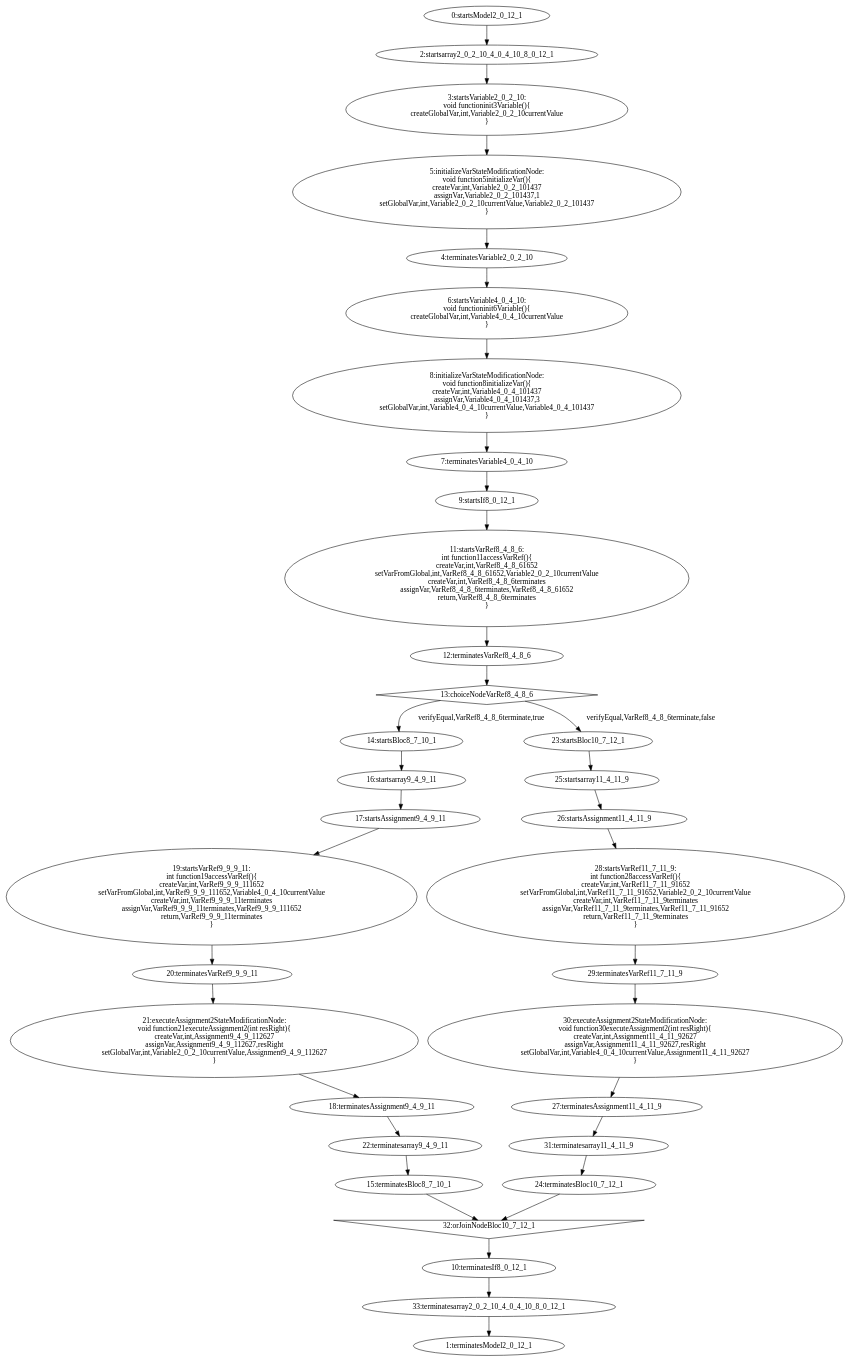
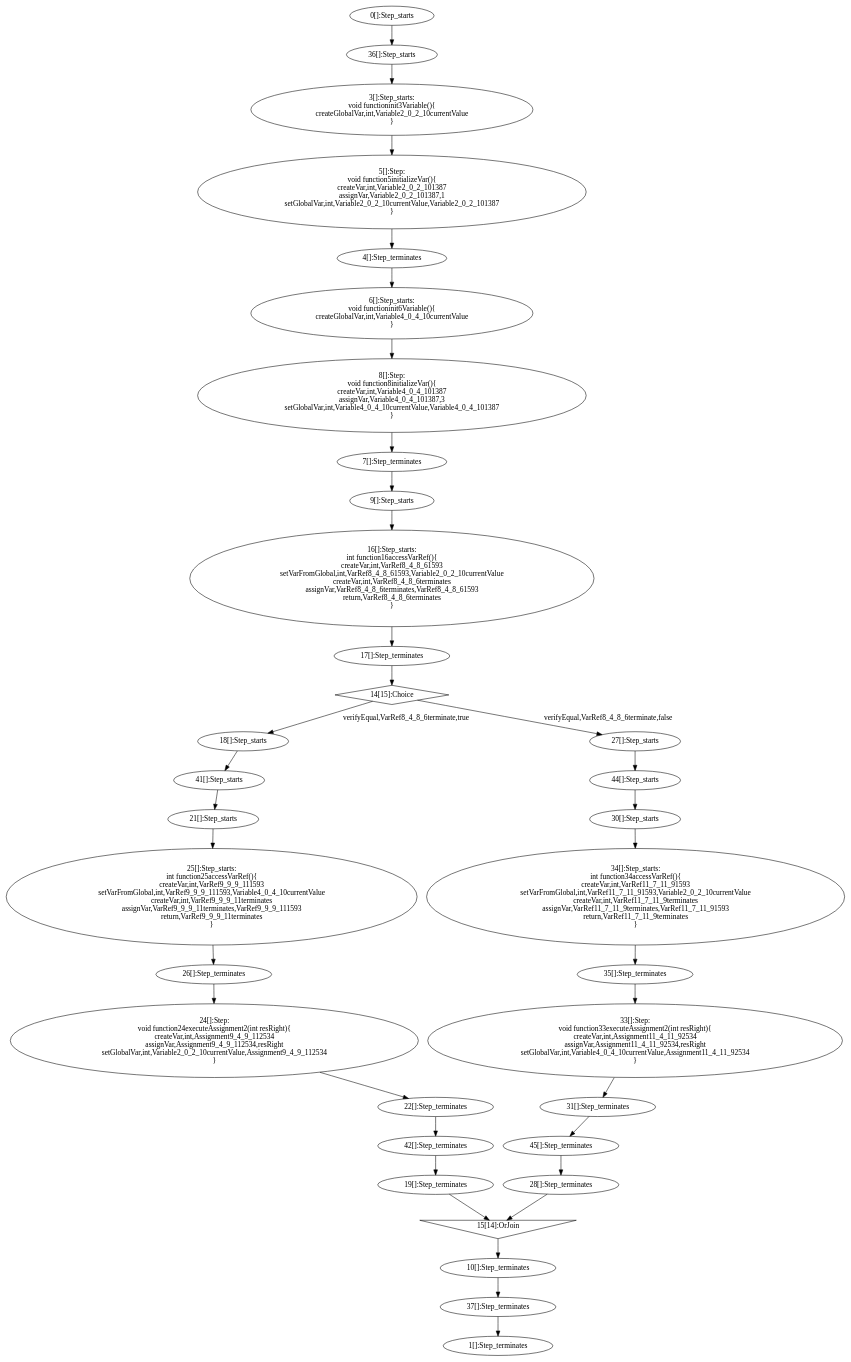
One commit to jdeantoni/TCOS.lang changed the diagram in examples/programs/generated/basictestplus.dot. Above: the diagram before and after it, drawn with Graphviz. The commit also changed 24 other files, not shown here.

```diff
--- a/examples/programs/generated/basictestplus.dot
+++ b/examples/programs/generated/basictestplus.dot
@@ -1,117 +1,117 @@
 digraph G {
-  "0" [label="0:startsModel2_0_12_1" shape="ellipse" ];
-  "1" [label="1:terminatesModel2_0_12_1" shape="ellipse" ];
-  "2" [label="2:startsarray2_0_2_10_4_0_4_10_8_0_12_1" shape="ellipse" ];
-  "3" [label="3:startsVariable2_0_2_10:
+  "0" [label="0[]:Step_starts" shape="ellipse" ];
+  "1" [label="1[]:Step_terminates" shape="ellipse" ];
+  "36" [label="36[]:Step_starts" shape="ellipse" ];
+  "37" [label="37[]:Step_terminates" shape="ellipse" ];
+  "3" [label="3[]:Step_starts:
 void functioninit3Variable(){
 createGlobalVar,int,Variable2_0_2_10currentValue
 }" shape="ellipse" ];
-  "4" [label="4:terminatesVariable2_0_2_10" shape="ellipse" ];
-  "5" [label="5:initializeVarStateModificationNode:
+  "4" [label="4[]:Step_terminates" shape="ellipse" ];
+  "5" [label="5[]:Step:
 void function5initializeVar(){
-createVar,int,Variable2_0_2_101437
-assignVar,Variable2_0_2_101437,1
-setGlobalVar,int,Variable2_0_2_10currentValue,Variable2_0_2_101437
+createVar,int,Variable2_0_2_101387
+assignVar,Variable2_0_2_101387,1
+setGlobalVar,int,Variable2_0_2_10currentValue,Variable2_0_2_101387
 }" shape="ellipse" ];
-  "6" [label="6:startsVariable4_0_4_10:
+  "6" [label="6[]:Step_starts:
 void functioninit6Variable(){
 createGlobalVar,int,Variable4_0_4_10currentValue
 }" shape="ellipse" ];
-  "7" [label="7:terminatesVariable4_0_4_10" shape="ellipse" ];
-  "8" [label="8:initializeVarStateModificationNode:
+  "7" [label="7[]:Step_terminates" shape="ellipse" ];
+  "8" [label="8[]:Step:
 void function8initializeVar(){
-createVar,int,Variable4_0_4_101437
-assignVar,Variable4_0_4_101437,3
-setGlobalVar,int,Variable4_0_4_10currentValue,Variable4_0_4_101437
+createVar,int,Variable4_0_4_101387
+assignVar,Variable4_0_4_101387,3
+setGlobalVar,int,Variable4_0_4_10currentValue,Variable4_0_4_101387
 }" shape="ellipse" ];
-  "9" [label="9:startsIf8_0_12_1" shape="ellipse" ];
-  "10" [label="10:terminatesIf8_0_12_1" shape="ellipse" ];
-  "11" [label="11:startsVarRef8_4_8_6:
-int function11accessVarRef(){
-createVar,int,VarRef8_4_8_61652
-setVarFromGlobal,int,VarRef8_4_8_61652,Variable2_0_2_10currentValue
+  "9" [label="9[]:Step_starts" shape="ellipse" ];
+  "10" [label="10[]:Step_terminates" shape="ellipse" ];
+  "14" [label="14[15]:Choice" shape="diamond" ];
+  "15" [label="15[14]:OrJoin" shape="invtriangle" ];
+  "16" [label="16[]:Step_starts:
+int function16accessVarRef(){
+createVar,int,VarRef8_4_8_61593
+setVarFromGlobal,int,VarRef8_4_8_61593,Variable2_0_2_10currentValue
 createVar,int,VarRef8_4_8_6terminates
-assignVar,VarRef8_4_8_6terminates,VarRef8_4_8_61652
+assignVar,VarRef8_4_8_6terminates,VarRef8_4_8_61593
 return,VarRef8_4_8_6terminates
 }" shape="ellipse" ];
-  "12" [label="12:terminatesVarRef8_4_8_6" shape="ellipse" ];
-  "13" [label="13:choiceNodeVarRef8_4_8_6" shape="diamond" ];
-  "14" [label="14:startsBloc8_7_10_1" shape="ellipse" ];
-  "15" [label="15:terminatesBloc8_7_10_1" shape="ellipse" ];
-  "16" [label="16:startsarray9_4_9_11" shape="ellipse" ];
-  "17" [label="17:startsAssignment9_4_9_11" shape="ellipse" ];
-  "18" [label="18:terminatesAssignment9_4_9_11" shape="ellipse" ];
-  "19" [label="19:startsVarRef9_9_9_11:
-int function19accessVarRef(){
-createVar,int,VarRef9_9_9_111652
-setVarFromGlobal,int,VarRef9_9_9_111652,Variable4_0_4_10currentValue
+  "17" [label="17[]:Step_terminates" shape="ellipse" ];
+  "18" [label="18[]:Step_starts" shape="ellipse" ];
+  "19" [label="19[]:Step_terminates" shape="ellipse" ];
+  "27" [label="27[]:Step_starts" shape="ellipse" ];
+  "28" [label="28[]:Step_terminates" shape="ellipse" ];
+  "41" [label="41[]:Step_starts" shape="ellipse" ];
+  "42" [label="42[]:Step_terminates" shape="ellipse" ];
+  "44" [label="44[]:Step_starts" shape="ellipse" ];
+  "45" [label="45[]:Step_terminates" shape="ellipse" ];
+  "21" [label="21[]:Step_starts" shape="ellipse" ];
+  "22" [label="22[]:Step_terminates" shape="ellipse" ];
+  "24" [label="24[]:Step:
+void function24executeAssignment2(int resRight){
+createVar,int,Assignment9_4_9_112534
+assignVar,Assignment9_4_9_112534,resRight
+setGlobalVar,int,Variable2_0_2_10currentValue,Assignment9_4_9_112534
+}" shape="ellipse" ];
+  "30" [label="30[]:Step_starts" shape="ellipse" ];
+  "31" [label="31[]:Step_terminates" shape="ellipse" ];
+  "33" [label="33[]:Step:
+void function33executeAssignment2(int resRight){
+createVar,int,Assignment11_4_11_92534
+assignVar,Assignment11_4_11_92534,resRight
+setGlobalVar,int,Variable4_0_4_10currentValue,Assignment11_4_11_92534
+}" shape="ellipse" ];
+  "25" [label="25[]:Step_starts:
+int function25accessVarRef(){
+createVar,int,VarRef9_9_9_111593
+setVarFromGlobal,int,VarRef9_9_9_111593,Variable4_0_4_10currentValue
 createVar,int,VarRef9_9_9_11terminates
-assignVar,VarRef9_9_9_11terminates,VarRef9_9_9_111652
+assignVar,VarRef9_9_9_11terminates,VarRef9_9_9_111593
 return,VarRef9_9_9_11terminates
 }" shape="ellipse" ];
-  "20" [label="20:terminatesVarRef9_9_9_11" shape="ellipse" ];
-  "21" [label="21:executeAssignment2StateModificationNode:
-void function21executeAssignment2(int resRight){
-createVar,int,Assignment9_4_9_112627
-assignVar,Assignment9_4_9_112627,resRight
-setGlobalVar,int,Variable2_0_2_10currentValue,Assignment9_4_9_112627
-}" shape="ellipse" ];
-  "22" [label="22:terminatesarray9_4_9_11" shape="ellipse" ];
-  "23" [label="23:startsBloc10_7_12_1" shape="ellipse" ];
-  "24" [label="24:terminatesBloc10_7_12_1" shape="ellipse" ];
-  "25" [label="25:startsarray11_4_11_9" shape="ellipse" ];
-  "26" [label="26:startsAssignment11_4_11_9" shape="ellipse" ];
-  "27" [label="27:terminatesAssignment11_4_11_9" shape="ellipse" ];
-  "28" [label="28:startsVarRef11_7_11_9:
-int function28accessVarRef(){
-createVar,int,VarRef11_7_11_91652
-setVarFromGlobal,int,VarRef11_7_11_91652,Variable2_0_2_10currentValue
+  "26" [label="26[]:Step_terminates" shape="ellipse" ];
+  "34" [label="34[]:Step_starts:
+int function34accessVarRef(){
+createVar,int,VarRef11_7_11_91593
+setVarFromGlobal,int,VarRef11_7_11_91593,Variable2_0_2_10currentValue
 createVar,int,VarRef11_7_11_9terminates
-assignVar,VarRef11_7_11_9terminates,VarRef11_7_11_91652
+assignVar,VarRef11_7_11_9terminates,VarRef11_7_11_91593
 return,VarRef11_7_11_9terminates
 }" shape="ellipse" ];
-  "29" [label="29:terminatesVarRef11_7_11_9" shape="ellipse" ];
-  "30" [label="30:executeAssignment2StateModificationNode:
-void function30executeAssignment2(int resRight){
-createVar,int,Assignment11_4_11_92627
-assignVar,Assignment11_4_11_92627,resRight
-setGlobalVar,int,Variable4_0_4_10currentValue,Assignment11_4_11_92627
-}" shape="ellipse" ];
-  "31" [label="31:terminatesarray11_4_11_9" shape="ellipse" ];
-  "32" [label="32:orJoinNodeBloc10_7_12_1" shape="invtriangle" ];
-  "33" [label="33:terminatesarray2_0_2_10_4_0_4_10_8_0_12_1" shape="ellipse" ];
-  "0" -> "2" [label=""];
+  "35" [label="35[]:Step_terminates" shape="ellipse" ];
+  "0" -> "36" [label=""];
+  "37" -> "1" [label=""];
+  "36" -> "3" [label=""];
+  "4" -> "6" [label=""];
+  "7" -> "9" [label=""];
+  "10" -> "37" [label=""];
   "3" -> "5" [label=""];
   "5" -> "4" [label=""];
-  "2" -> "3" [label=""];
   "6" -> "8" [label=""];
   "8" -> "7" [label=""];
-  "4" -> "6" [label=""];
-  "11" -> "12" [label=""];
-  "9" -> "11" [label=""];
-  "12" -> "13" [label=""];
-  "14" -> "16" [label=""];
-  "19" -> "20" [label=""];
-  "17" -> "19" [label=""];
-  "20" -> "21" [label=""];
-  "21" -> "18" [label=""];
+  "9" -> "16" [label=""];
+  "17" -> "14" [label=""];
+  "14" -> "18" [label="verifyEqual,VarRef8_4_8_6terminate,true"];
+  "14" -> "27" [label="verifyEqual,VarRef8_4_8_6terminate,false"];
+  "28" -> "15" [label=""];
+  "19" -> "15" [label=""];
+  "15" -> "10" [label=""];
   "16" -> "17" [label=""];
-  "18" -> "22" [label=""];
-  "22" -> "15" [label=""];
-  "13" -> "14" [label="verifyEqual,VarRef8_4_8_6terminate,true"];
-  "23" -> "25" [label=""];
-  "28" -> "29" [label=""];
-  "26" -> "28" [label=""];
-  "29" -> "30" [label=""];
-  "30" -> "27" [label=""];
+  "18" -> "41" [label=""];
+  "42" -> "19" [label=""];
+  "27" -> "44" [label=""];
+  "45" -> "28" [label=""];
+  "41" -> "21" [label=""];
+  "22" -> "42" [label=""];
+  "44" -> "30" [label=""];
+  "31" -> "45" [label=""];
+  "21" -> "25" [label=""];
+  "26" -> "24" [label=""];
+  "24" -> "22" [label=""];
+  "30" -> "34" [label=""];
+  "35" -> "33" [label=""];
+  "33" -> "31" [label=""];
   "25" -> "26" [label=""];
-  "27" -> "31" [label=""];
-  "31" -> "24" [label=""];
-  "13" -> "23" [label="verifyEqual,VarRef8_4_8_6terminate,false"];
-  "24" -> "32" [label=""];
-  "15" -> "32" [label=""];
-  "32" -> "10" [label=""];
-  "7" -> "9" [label=""];
-  "10" -> "33" [label=""];
-  "33" -> "1" [label=""];
+  "34" -> "35" [label=""];
 }
```
